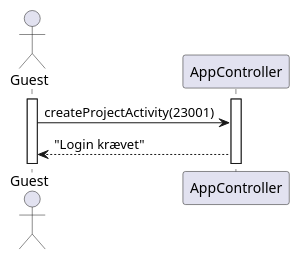
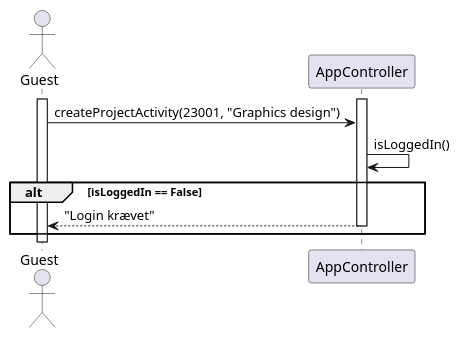
Before and after one commit to rwiuff/02161ExamProject: the diagram in RequirementsAndDesign/SequenceDiagrams/seq_create_activity_no_PL_guest_case.puml, drawn with PlantUML. The commit also changed 20 other files, not shown here.

```diff
--- a/RequirementsAndDesign/SequenceDiagrams/seq_create_activity_no_PL_guest_case.puml
+++ b/RequirementsAndDesign/SequenceDiagrams/seq_create_activity_no_PL_guest_case.puml
@@ -1,8 +1,12 @@
 @startuml createActivityNoPLGuest
 actor "Guest" as g
 participant AppController as app
 activate g
 activate app
-g -> app : createProjectActivity(23001)
+g -> app : createProjectActivity(23001, "Graphics design")
+app -> app : isLoggedIn()
+alt isLoggedIn == False
 app --> g : "Login krævet"
+deactivate app
+end
 @enduml
```
